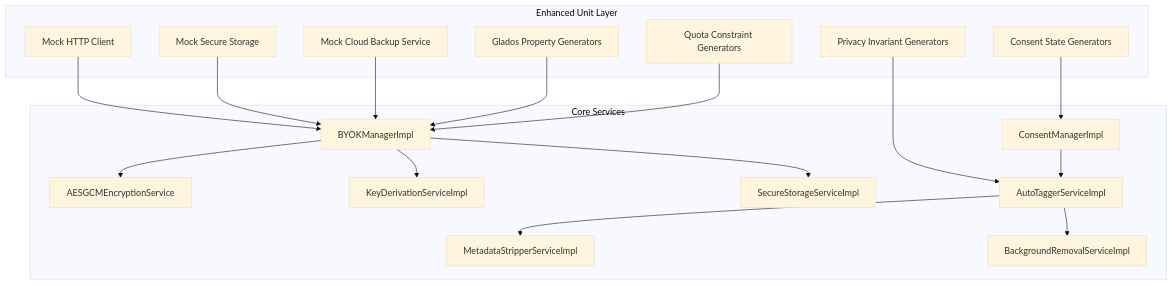
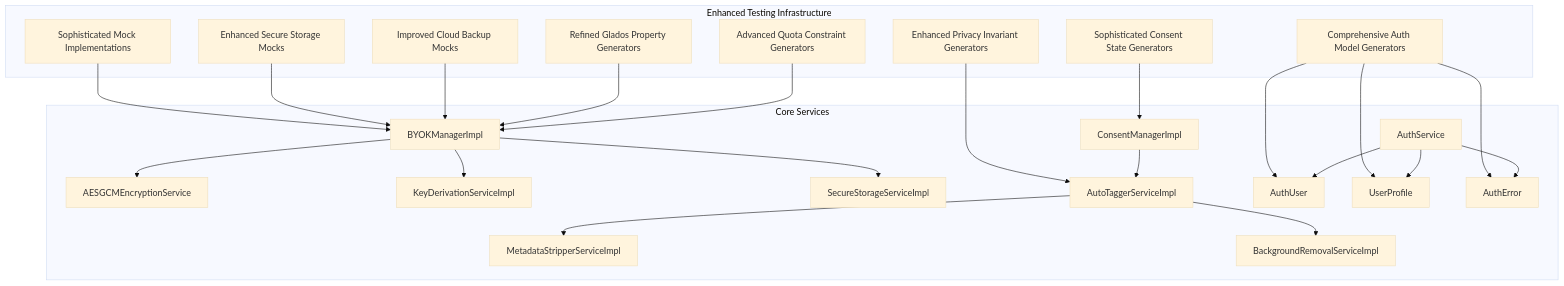
One commit to JAaron93/StyleSync changed the second of 13 diagrams in .qoder/repowiki/en/content/Testing Strategy.md. Above: the diagram before and after it, drawn with Mermaid (base theme). The commit also changed other lines of this file and 36 other files, not shown here.

````diff
--- a/.qoder/repowiki/en/content/Testing Strategy.md
+++ b/.qoder/repowiki/en/content/Testing Strategy.md
@@ -136,35 +165,46 @@
 ```mermaid
 graph TB
-subgraph "Enhanced Unit Layer"
-M_MOCK["Mock HTTP Client"]
-S_MOCK["Mock Secure Storage"]
-CB_MOCK["Mock Cloud Backup Service"]
-GLADOS["Glados Property Generators"]
-PRIVACY_GEN["Privacy Invariant Generators"]
-QUOTA_GEN["Quota Constraint Generators"]
-CONSENT_GEN["Consent State Generators"]
+subgraph "Enhanced Testing Infrastructure"
+M_MOCK["Sophisticated Mock Implementations"]
+S_MOCK["Enhanced Secure Storage Mocks"]
+CB_MOCK["Improved Cloud Backup Mocks"]
+GLADOS["Refined Glados Property Generators"]
+PRIVACY_GEN["Enhanced Privacy Invariant Generators"]
+QUOTA_GEN["Advanced Quota Constraint Generators"]
+CONSENT_GEN["Sophisticated Consent State Generators"]
+AUTH_GEN["Comprehensive Auth Model Generators"]
 end
 subgraph "Core Services"
 BYOK["BYOKManagerImpl"]
 ENC["AESGCMEncryptionService"]
 KDF["KeyDerivationServiceImpl"]
 ST["SecureStorageServiceImpl"]
 AUTO_TAG["AutoTaggerServiceImpl"]
 META_STRIP["MetadataStripperServiceImpl"]
 BG_REMOVAL["BackgroundRemovalServiceImpl"]
 CONSENT["ConsentManagerImpl"]
+AUTH["AuthService"]
+USER["AuthUser"]
+PROFILE["UserProfile"]
+ERROR["AuthError"]
 end
 M_MOCK --> BYOK
 S_MOCK --> BYOK
 CB_MOCK --> BYOK
 GLADOS --> BYOK
 PRIVACY_GEN --> AUTO_TAG
 QUOTA_GEN --> BYOK
 CONSENT_GEN --> CONSENT
+AUTH_GEN --> USER
+AUTH_GEN --> PROFILE
+AUTH_GEN --> ERROR
 BYOK --> ENC
 BYOK --> KDF
 BYOK --> ST
 AUTO_TAG --> META_STRIP
 AUTO_TAG --> BG_REMOVAL
 CONSENT --> AUTO_TAG
+AUTH --> USER
+AUTH --> PROFILE
+AUTH --> ERROR
 ```
````
